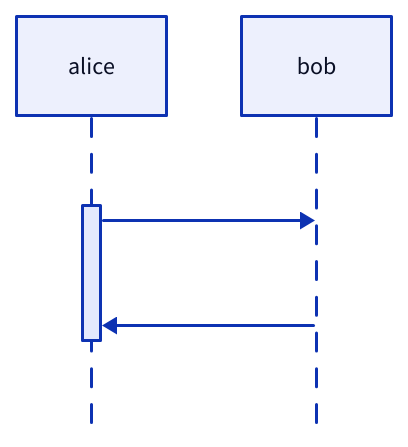
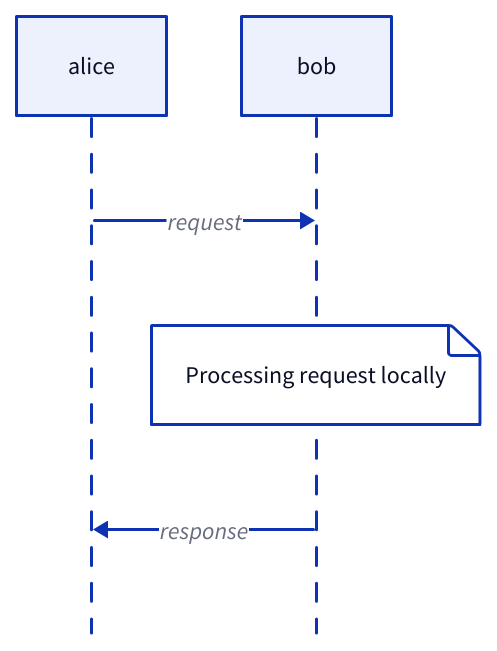
Before and after one commit to eamazaj/claude-toolshed: the third of 4 diagrams in plugins/d2/skills/d2/specialists/d2-sequence.md, drawn with D2. The commit also changed other lines of this file and 7 other files, not shown here.

First line of the commit message:
feat(d2): redesign plugin as diagram composition system

````diff
--- a/plugins/d2/skills/d2/specialists/d2-sequence.md
+++ b/plugins/d2/skills/d2/specialists/d2-sequence.md
@@ -135,6 +60,7 @@
 ```d2
 shape: sequence_diagram
-# alice.t1 creates a span named t1 on alice's lifeline
-alice.t1 -> bob
-alice.t1 <- bob
+
+alice -> bob: request
+bob."Processing request locally"
+bob -> alice: response
 ```
````
